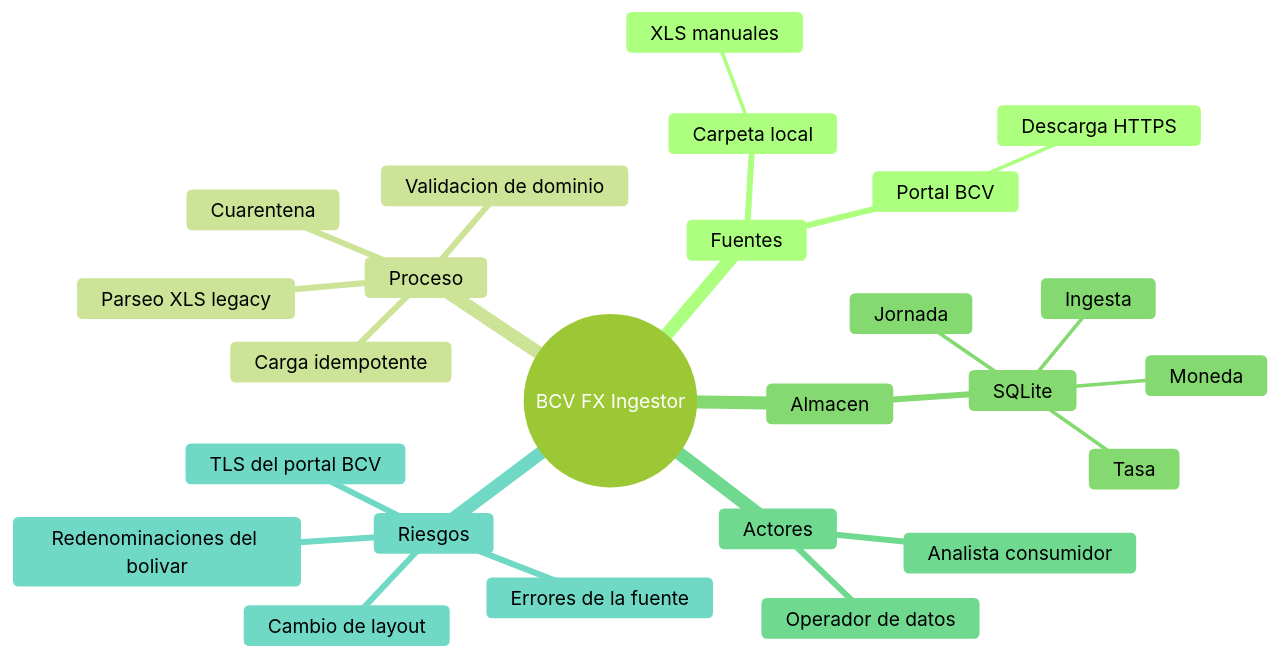
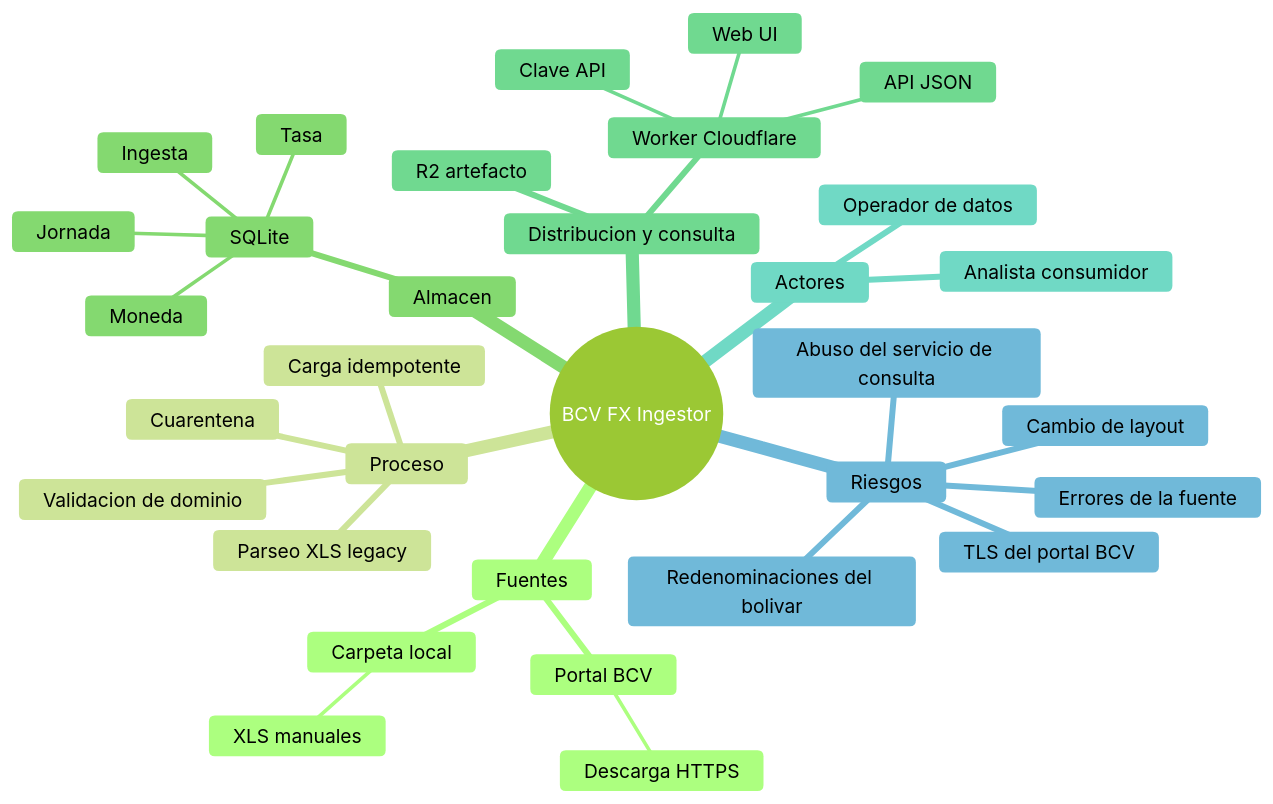
The diagram in docs/00-project/charter.md (jeremialcala/bcv-fx-ingestor), drawn with Mermaid (forest theme) before and after one commit. The commit also changed other lines of this file and 6 other files, not shown here.

First line of the commit message:
feat(fx-ing-002): requisitos de consulta y descarga vía Web UI y API — Gate 0 aprobado

````diff
--- a/docs/00-project/charter.md
+++ b/docs/00-project/charter.md
@@ -33,28 +34,35 @@
 ```mermaid
 mindmap
   root((BCV FX Ingestor))
     Fuentes
       Portal BCV
         Descarga HTTPS
       Carpeta local
         XLS manuales
     Proceso
       Parseo XLS legacy
       Validacion de dominio
       Cuarentena
       Carga idempotente
     Almacen
       SQLite
         Ingesta
         Jornada
         Tasa
         Moneda
+    Distribucion y consulta
+      Worker Cloudflare
+        API JSON
+        Web UI
+        Clave API
+      R2 artefacto
     Actores
       Operador de datos
       Analista consumidor
     Riesgos
       Cambio de layout
       Errores de la fuente
       TLS del portal BCV
       Redenominaciones del bolivar
+      Abuso del servicio de consulta
 ```
````
